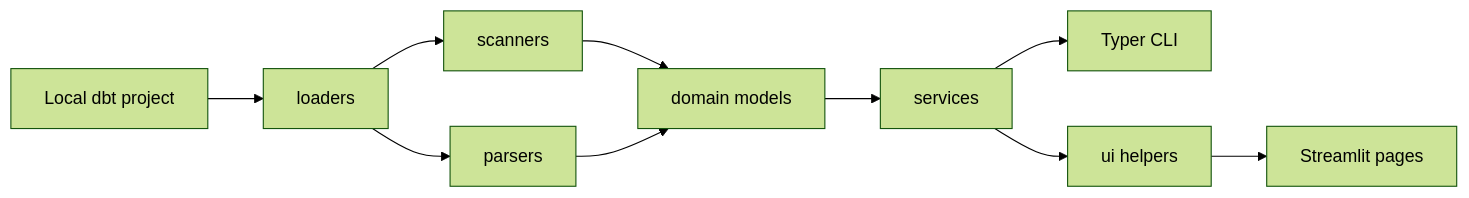
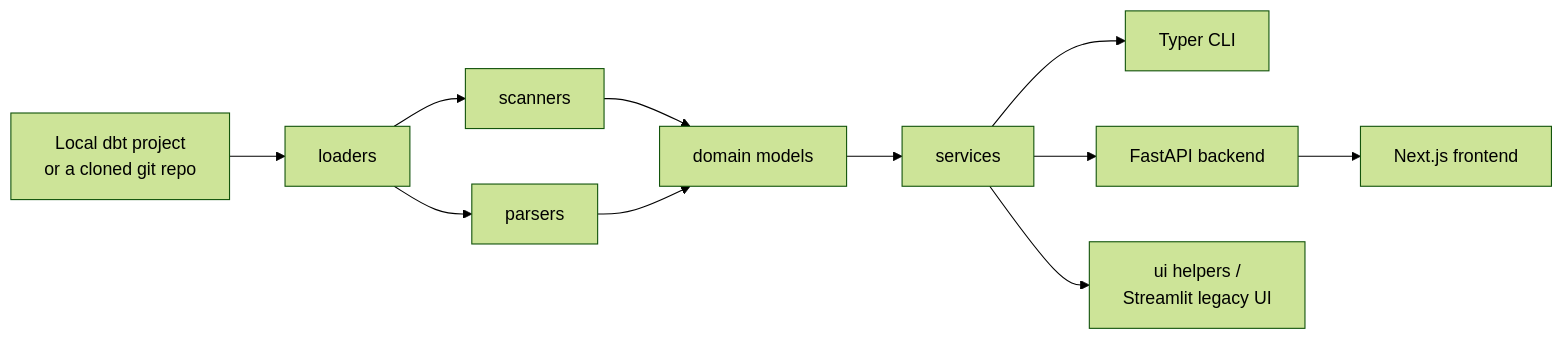
The diagram in README.md (negativexq/dbt-feature-lineage), drawn with Mermaid (forest theme) before and after one commit. The commit also changed other lines of this file and 52 other files, not shown here.

````diff
--- a/README.md
+++ b/README.md
@@ -51,12 +70,13 @@
 ```mermaid
 flowchart LR
-    A[Local dbt project] --> B[loaders]
+    A[Local dbt project<br/>or a cloned git repo] --> B[loaders]
     B --> C[scanners]
     B --> D[parsers]
     C --> E[domain models]
     D --> E
     E --> F[services]
     F --> G[Typer CLI]
-    F --> H[ui helpers]
-    H --> I[Streamlit pages]
+    F --> H[FastAPI backend]
+    F --> I[ui helpers /<br/>Streamlit legacy UI]
+    H --> J[Next.js frontend]
 ```
````
